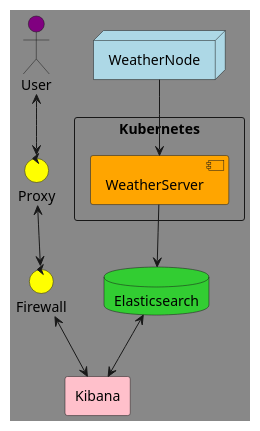
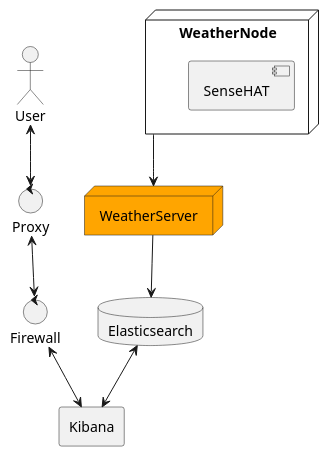
The diagram in docs/deployment.puml (james-cathcart/indoor-weather-server), drawn with PlantUML before and after one commit. The commit also changed 11 other files, not shown here.

```diff
--- a/docs/deployment.puml
+++ b/docs/deployment.puml
@@ -1,25 +1,21 @@
 @startuml
 'https://plantuml.com/deployment-diagram
 
-skinparam {
-    backgroundColor #888
-    handwritten false
+actor User
+control Firewall
+control Proxy
+node WeatherServer #Orange
+node WeatherNode {
+    component SenseHAT
 }
-actor User #Purple
-control Firewall #Yellow
-control Proxy #Yellow
-rectangle Kubernetes {
-    component WeatherServer #Orange
-}
-node WeatherNode #LightBlue
-database Elasticsearch #LimeGreen
-rectangle Kibana #Pink
+database Elasticsearch
+rectangle Kibana
 
 User <--> Proxy
 Proxy <--> Firewall
 Firewall <--> Kibana
 WeatherNode --> WeatherServer
 WeatherServer --> Elasticsearch
 Elasticsearch <--> Kibana
 
 @enduml
```
